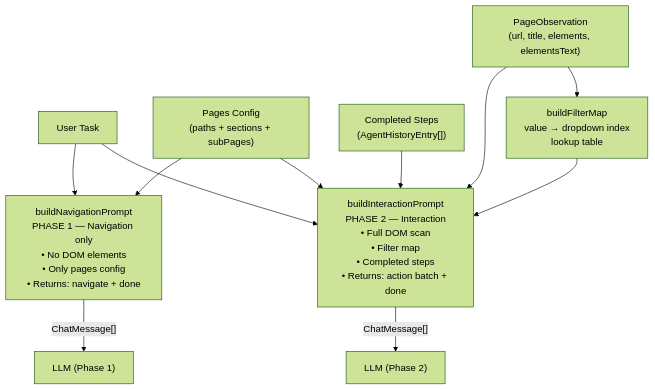
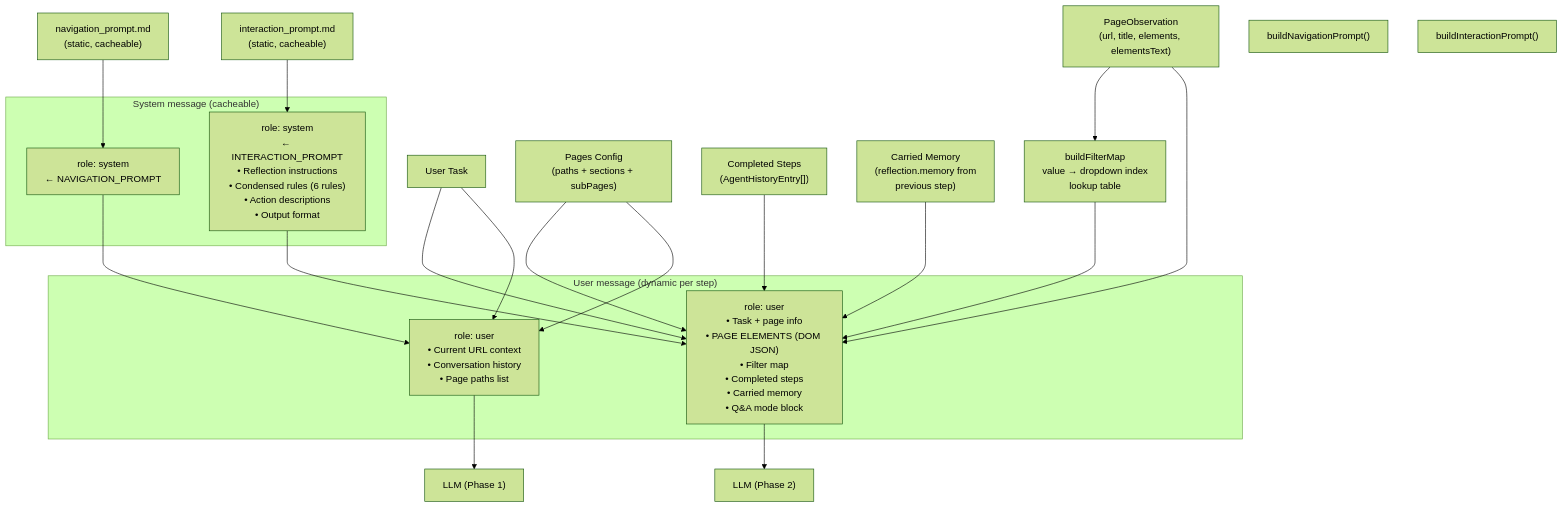
The eighth of 8 diagrams in ARCHITECTURE.md (abd-maqableh/my-page-agent), drawn with Mermaid (forest theme) before and after one commit. The commit also changed other lines of this file and 3 other files, not shown here.

Commit message:
feat: Enhance LLM response processing with tool calling and reflection parameters; update prompts to static Markdown files

````diff
--- a/ARCHITECTURE.md
+++ b/ARCHITECTURE.md
@@ -417,24 +442,41 @@
 ```mermaid
 flowchart TD
     TASK["User Task"]
     PAGES["Pages Config<br/>(paths + sections + subPages)"]
     OBS["PageObservation<br/>(url, title, elements, elementsText)"]
     HISTORY["Completed Steps<br/>(AgentHistoryEntry[])"]
+    MEMORY["Carried Memory<br/>(reflection.memory from<br/>previous step)"]
 
-    NAV["buildNavigationPrompt<br/>PHASE 1 — Navigation only<br/>• No DOM elements<br/>• Only pages config<br/>• Returns: navigate + done"]
-    INTERACT["buildInteractionPrompt<br/>PHASE 2 — Interaction<br/>• Full DOM scan<br/>• Filter map<br/>• Completed steps<br/>• Returns: action batch + done"]
+    NAV_MD["navigation_prompt.md<br/>(static, cacheable)"]
+    INT_MD["interaction_prompt.md<br/>(static, cacheable)"]
+
+    NAV["buildNavigationPrompt()"]
+    INTERACT["buildInteractionPrompt()"]
 
     FILTER["buildFilterMap<br/>value → dropdown index<br/>lookup table"]
 
-    TASK --> NAV
-    TASK --> INTERACT
-    PAGES --> NAV
-    PAGES --> INTERACT
-    OBS --> INTERACT
-    OBS --> FILTER
-    HISTORY --> INTERACT
-    FILTER --> INTERACT
+    subgraph SYSTEM_MSG ["System message (cacheable)"]
+        NAV_SYS["role: system<br/>← NAVIGATION_PROMPT"]
+        INT_SYS["role: system<br/>← INTERACTION_PROMPT<br/>• Reflection instructions<br/>• Condensed rules (6 rules)<br/>• Action descriptions<br/>• Output format"]
+    end
 
-    NAV -->|"ChatMessage[]"| LLM1["LLM (Phase 1)"]
-    INTERACT -->|"ChatMessage[]"| LLM2["LLM (Phase 2)"]
+    subgraph USER_MSG ["User message (dynamic per step)"]
+        NAV_USER["role: user<br/>• Current URL context<br/>• Conversation history<br/>• Page paths list"]
+        INT_USER["role: user<br/>• Task + page info<br/>• PAGE ELEMENTS (DOM JSON)<br/>• Filter map<br/>• Completed steps<br/>• Carried memory<br/>• Q&A mode block"]
+    end
+
+    TASK --> NAV_USER
+    TASK --> INT_USER
+    PAGES --> NAV_USER
+    PAGES --> INT_USER
+    OBS --> INT_USER
+    OBS --> FILTER --> INT_USER
+    HISTORY --> INT_USER
+    MEMORY --> INT_USER
+
+    NAV_MD --> NAV_SYS
+    INT_MD --> INT_SYS
+
+    NAV_SYS --> NAV_USER --> LLM1["LLM (Phase 1)"]
+    INT_SYS --> INT_USER --> LLM2["LLM (Phase 2)"]
 ```
````
